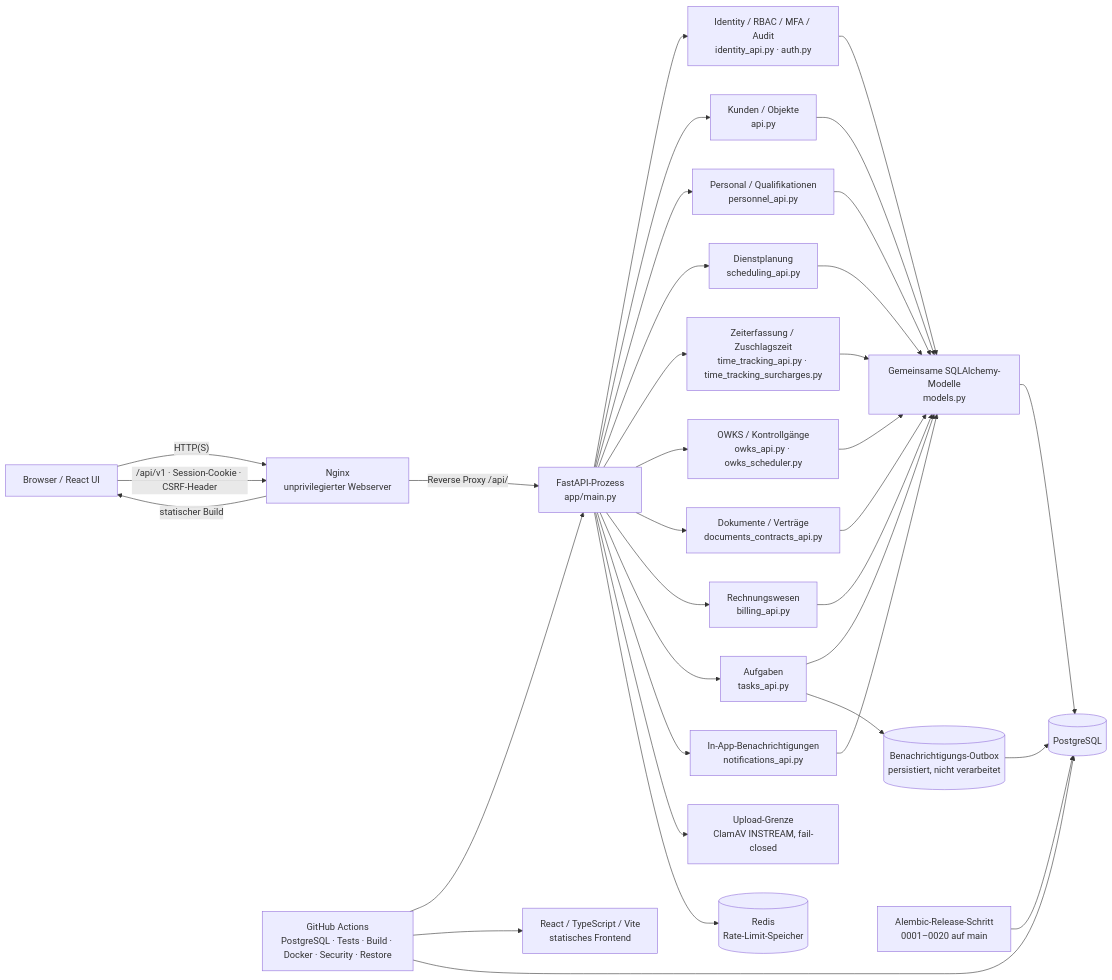
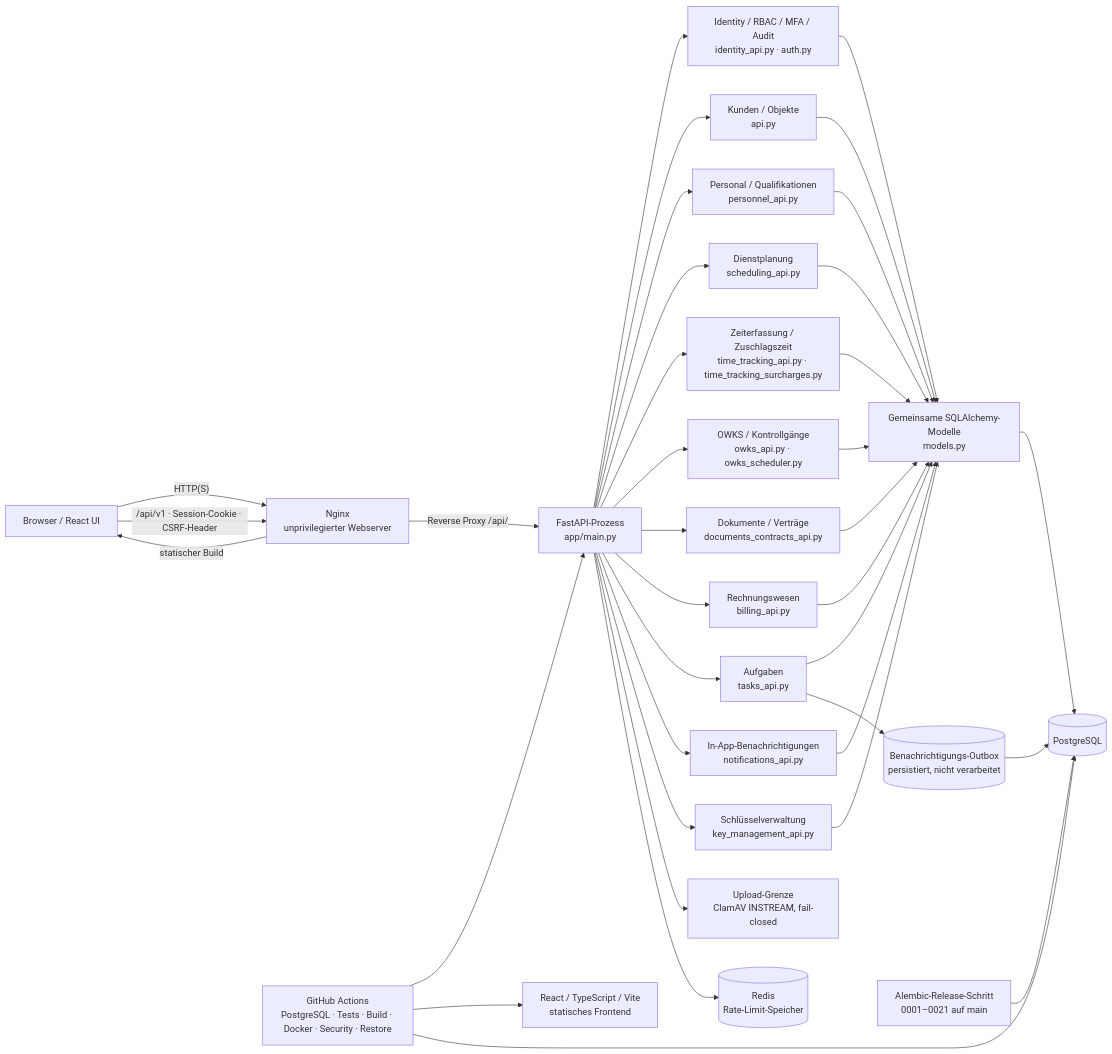
The diagram in docs/ARCHITECTURE.md (Debugger-alex/securityops-python), drawn with Mermaid before and after one commit. The commit also changed other lines of this file and 10 other files, not shown here.

Commit message:
docs: sync key management on main

````diff
--- a/docs/ARCHITECTURE.md
+++ b/docs/ARCHITECTURE.md
@@ -7,57 +7,60 @@
 ```mermaid
 flowchart LR
     Browser["Browser / React UI"]
     UI["React / TypeScript / Vite<br/>statisches Frontend"]
     Web["Nginx<br/>unprivilegierter Webserver"]
     API["FastAPI-Prozess<br/>app/main.py"]
     Identity["Identity / RBAC / MFA / Audit<br/>identity_api.py · auth.py"]
     Customer["Kunden / Objekte<br/>api.py"]
     People["Personal / Qualifikationen<br/>personnel_api.py"]
     Scheduling["Dienstplanung<br/>scheduling_api.py"]
     Time["Zeiterfassung / Zuschlagszeit<br/>time_tracking_api.py · time_tracking_surcharges.py"]
     OWKS["OWKS / Kontrollgänge<br/>owks_api.py · owks_scheduler.py"]
     Docs["Dokumente / Verträge<br/>documents_contracts_api.py"]
     Billing["Rechnungswesen<br/>billing_api.py"]
     Tasks["Aufgaben<br/>tasks_api.py"]
     Notifications["In-App-Benachrichtigungen<br/>notifications_api.py"]
+    Keys["Schlüsselverwaltung<br/>key_management_api.py"]
     Outbox[("Benachrichtigungs-Outbox<br/>persistiert, nicht verarbeitet")]
     Scanner["Upload-Grenze<br/>ClamAV INSTREAM, fail-closed"]
     Models["Gemeinsame SQLAlchemy-Modelle<br/>models.py"]
     DB[("PostgreSQL")]
     Redis[("Redis<br/>Rate-Limit-Speicher")]
-    Migrations["Alembic-Release-Schritt<br/>0001–0020 auf main"]
+    Migrations["Alembic-Release-Schritt<br/>0001–0021 auf main"]
     CI["GitHub Actions<br/>PostgreSQL · Tests · Build · Docker · Security · Restore"]
     Browser -->|"HTTP(S)"| Web
     Web -->|"statischer Build"| Browser
     Browser -->|"/api/v1 · Session-Cookie · CSRF-Header"| Web
     Web -->|"Reverse Proxy /api/"| API
     API --> Identity
     API --> Customer
     API --> People
     API --> Scheduling
     API --> Time
     API --> OWKS
     API --> Docs
     API --> Billing
     API --> Tasks
     API --> Notifications
+    API --> Keys
     API --> Scanner
     Identity --> Models
     Customer --> Models
     People --> Models
     Scheduling --> Models
     Time --> Models
     OWKS --> Models
     Docs --> Models
     Billing --> Models
     Tasks --> Models
     Notifications --> Models
+    Keys --> Models
     Tasks --> Outbox
     Outbox --> DB
     Models --> DB
     API --> Redis
     Migrations --> DB
     CI --> API
     CI --> UI
     CI --> DB
 ```
````
